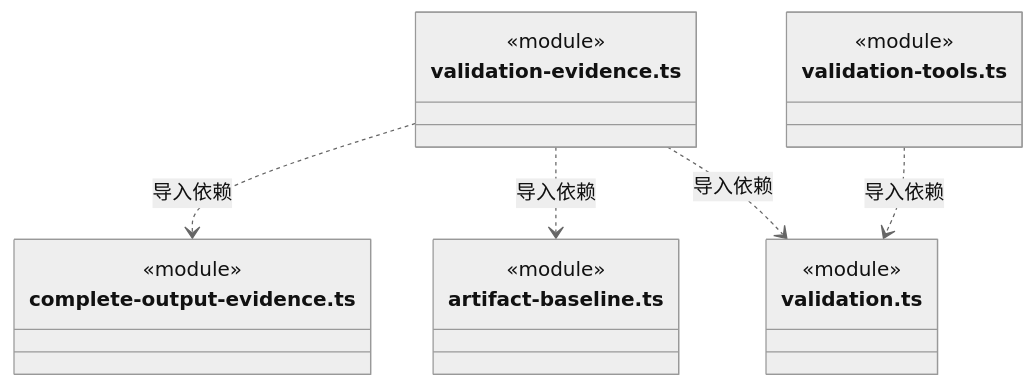
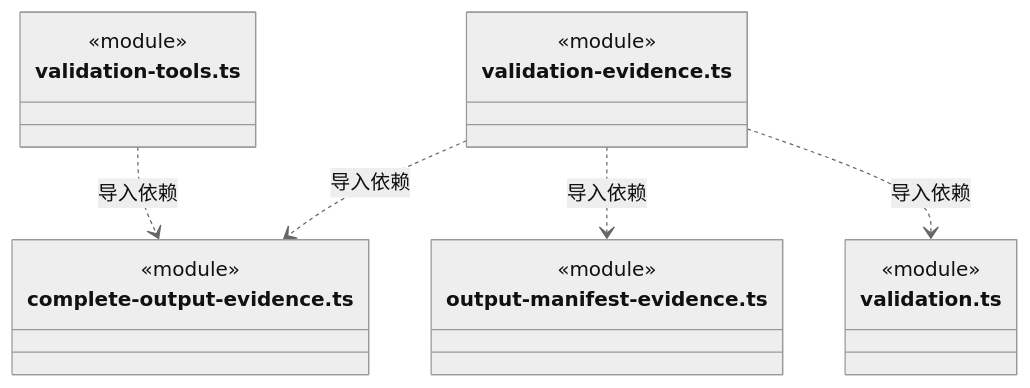
One commit to nan023062/cbim changed diagram 42 of 46 in src/logic/evidence/rules/ARCHITECTURE.md. Above: the diagram before and after it, drawn with Mermaid (neutral theme). The commit also changed other lines of this file and 112 other files, not shown here.

Commit message:
docs: align source architecture with current declarations and contracts

````diff
--- a/src/logic/evidence/rules/ARCHITECTURE.md
+++ b/src/logic/evidence/rules/ARCHITECTURE.md
@@ -979,22 +967,22 @@
 ```mermaid
 classDiagram
 class N_src_logic_evidence_rules_validation_evidence_ts["validation-evidence.ts"] {
   <<module>>
 }
 class N_src_logic_evidence_rules_complete_output_evidence_ts["complete-output-evidence.ts"] {
   <<module>>
 }
-class N_src_logic_evidence_rules_artifact_baseline_ts["artifact-baseline.ts"] {
+class N_src_logic_evidence_rules_output_manifest_evidence_ts["output-manifest-evidence.ts"] {
   <<module>>
 }
 class N_src_logic_evidence_rules_validation_ts["validation.ts"] {
   <<module>>
 }
 class N_src_logic_evidence_rules_validation_tools_ts["validation-tools.ts"] {
   <<module>>
 }
 N_src_logic_evidence_rules_validation_evidence_ts ..> N_src_logic_evidence_rules_complete_output_evidence_ts : 导入依赖
-N_src_logic_evidence_rules_validation_evidence_ts ..> N_src_logic_evidence_rules_artifact_baseline_ts : 导入依赖
+N_src_logic_evidence_rules_validation_evidence_ts ..> N_src_logic_evidence_rules_output_manifest_evidence_ts : 导入依赖
 N_src_logic_evidence_rules_validation_evidence_ts ..> N_src_logic_evidence_rules_validation_ts : 导入依赖
-N_src_logic_evidence_rules_validation_tools_ts ..> N_src_logic_evidence_rules_validation_ts : 导入依赖
+N_src_logic_evidence_rules_validation_tools_ts ..> N_src_logic_evidence_rules_complete_output_evidence_ts : 导入依赖
 ```
````
